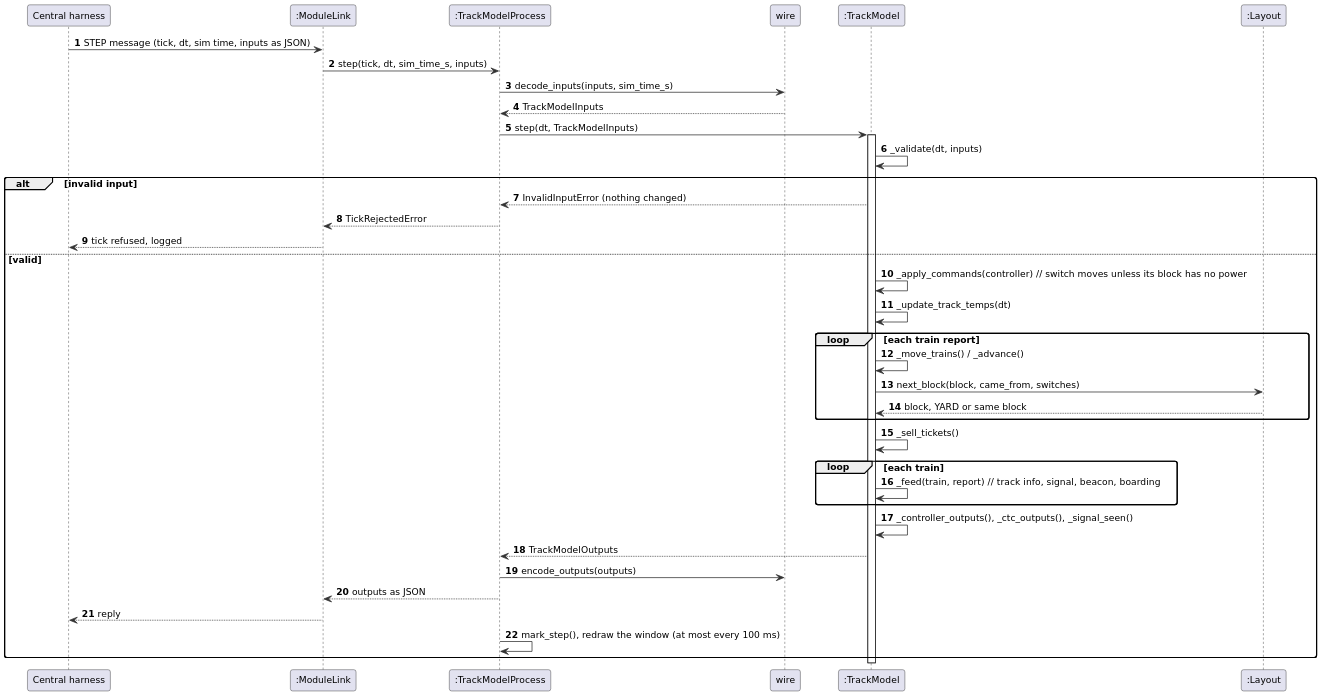
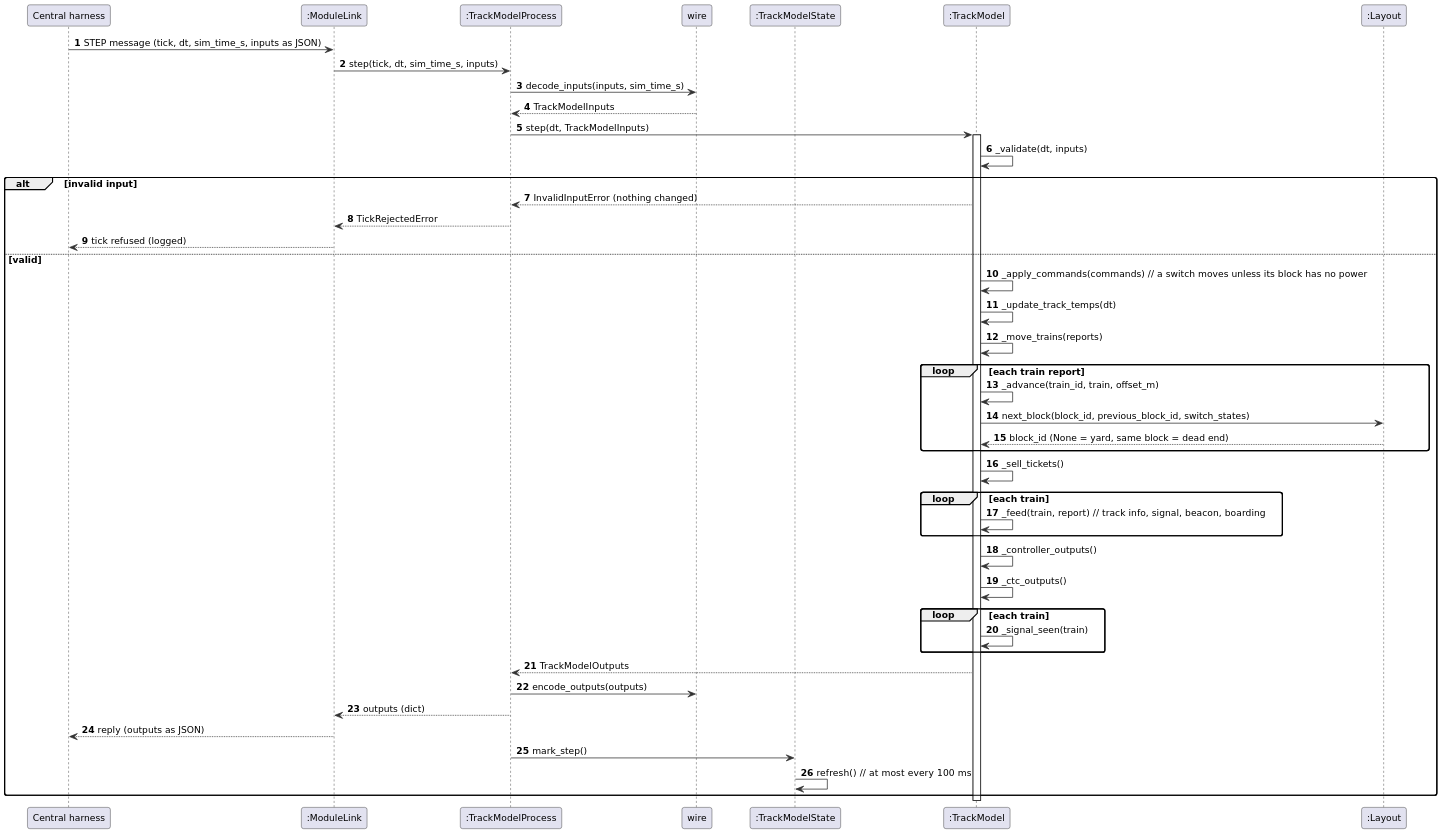
Before and after one commit to Landiss04/Track-Overflow: the diagram in documents/uml/track_model/sd15_tick.puml, drawn with PlantUML. The commit also changed 39 other files, not shown here.

First line of the commit message:
Track Model diagrams: sequence messages show the real method calls; use case actors joined by plain lines

```diff
--- a/documents/uml/track_model/sd15_tick.puml
+++ b/documents/uml/track_model/sd15_tick.puml
@@ -1,49 +1,56 @@
 @startuml
 skinparam shadowing false
 skinparam dpi 170
 skinparam defaultFontName DejaVu Sans
 skinparam defaultFontSize 12
 skinparam roundCorner 6
 skinparam ArrowColor #333333
 skinparam BackgroundColor white
 skinparam sequenceMessageAlign left
 skinparam ParticipantPadding 20
 autonumber
 participant "Central harness" as H
 participant ":ModuleLink" as ML
 participant ":TrackModelProcess" as P
 participant "wire" as W
+participant ":TrackModelState" as S
 participant ":TrackModel" as TM
 participant ":Layout" as L
-H -> ML : STEP message (tick, dt, sim time, inputs as JSON)
+H -> ML : STEP message (tick, dt, sim_time_s, inputs as JSON)
 ML -> P : step(tick, dt, sim_time_s, inputs)
 P -> W : decode_inputs(inputs, sim_time_s)
 W --> P : TrackModelInputs
 P -> TM : step(dt, TrackModelInputs)
 activate TM
 TM -> TM : _validate(dt, inputs)
 alt invalid input
   TM --> P : InvalidInputError (nothing changed)
   P --> ML : TickRejectedError
-  ML --> H : tick refused, logged
+  ML --> H : tick refused (logged)
 else valid
-  TM -> TM : _apply_commands(controller)  // switch moves unless its block has no power
+  TM -> TM : _apply_commands(commands)  // a switch moves unless its block has no power
   TM -> TM : _update_track_temps(dt)
+  TM -> TM : _move_trains(reports)
   loop each train report
-    TM -> TM : _move_trains() / _advance()
-    TM -> L : next_block(block, came_from, switches)
-    L --> TM : block, YARD or same block
+    TM -> TM : _advance(train_id, train, offset_m)
+    TM -> L : next_block(block_id, previous_block_id, switch_states)
+    L --> TM : block_id (None = yard, same block = dead end)
   end
   TM -> TM : _sell_tickets()
   loop each train
     TM -> TM : _feed(train, report)  // track info, signal, beacon, boarding
   end
-  TM -> TM : _controller_outputs(), _ctc_outputs(), _signal_seen()
+  TM -> TM : _controller_outputs()
+  TM -> TM : _ctc_outputs()
+  loop each train
+    TM -> TM : _signal_seen(train)
+  end
   TM --> P : TrackModelOutputs
   P -> W : encode_outputs(outputs)
-  P --> ML : outputs as JSON
-  ML --> H : reply
-  P -> P : mark_step(), redraw the window (at most every 100 ms)
+  P --> ML : outputs (dict)
+  ML --> H : reply (outputs as JSON)
+  P -> S : mark_step()
+  S -> S : refresh()  // at most every 100 ms
 end
 deactivate TM
 @enduml
```
